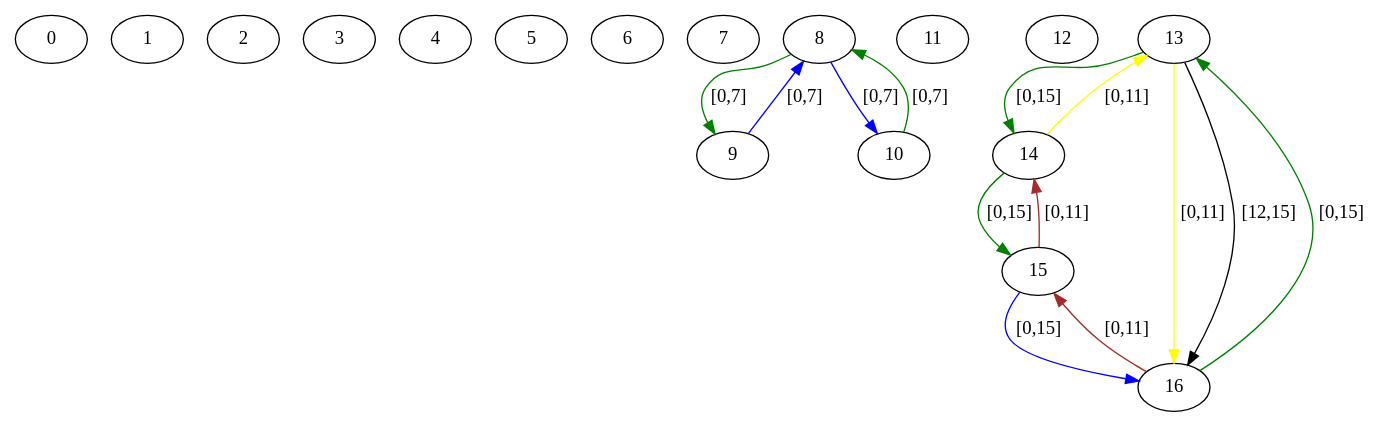
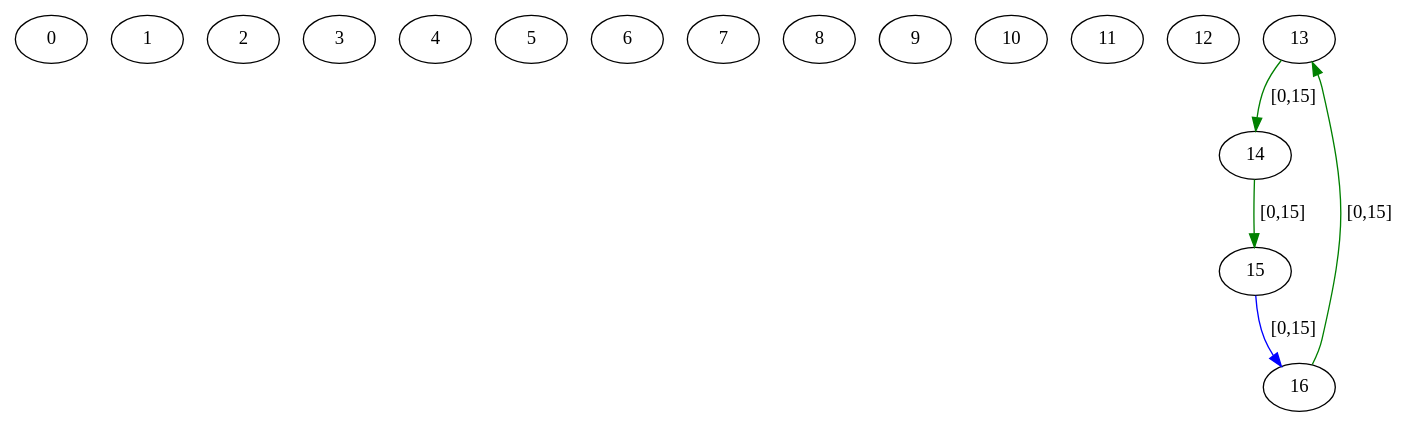
The diagram in src/assignedGraphs/assigned.dot (Hebbe1234/ExpectAll), drawn with Graphviz before and after one commit. The commit also changed 4 other files, not shown here.

```diff
--- a/src/assignedGraphs/assigned.dot
+++ b/src/assignedGraphs/assigned.dot
@@ -1,32 +1,23 @@
 digraph  {
 0 [label=0];
 1 [label=1];
 2 [label=2];
 3 [label=3];
 4 [label=4];
 5 [label=5];
 6 [label=6];
 7 [label=7];
 8 [label=8];
 9 [label=9];
 10 [label=10];
-8 -> 10  [color=blue, key=0, label="[0,7]"];
-8 -> 9  [color=green, key=0, label="[0,7]"];
-9 -> 8  [color=blue, key=0, label="[0,7]"];
-10 -> 8  [color=green, key=0, label="[0,7]"];
 11 [label=11];
 12 [label=12];
 13 [label=13];
 14 [label=14];
 15 [label=15];
 16 [label=16];
 13 -> 14  [color=green, key=0, label="[0,15]"];
-13 -> 16  [color=yellow, key=0, label="[0,11]"];
-13 -> 16  [color=black, key=1, label="[12,15]"];
 14 -> 15  [color=green, key=0, label="[0,15]"];
-14 -> 13  [color=yellow, key=0, label="[0,11]"];
 15 -> 16  [color=blue, key=0, label="[0,15]"];
-15 -> 14  [color=brown, key=0, label="[0,11]"];
 16 -> 13  [color=green, key=0, label="[0,15]"];
-16 -> 15  [color=brown, key=0, label="[0,11]"];
 }
```
